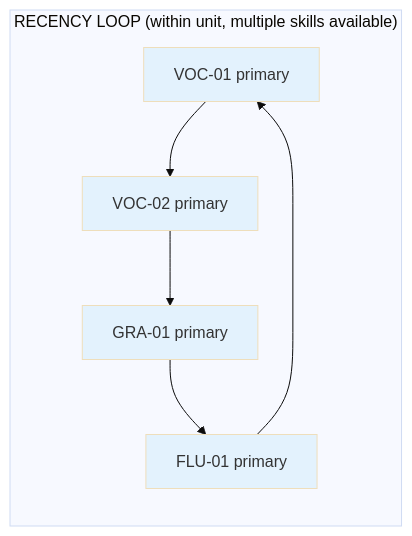
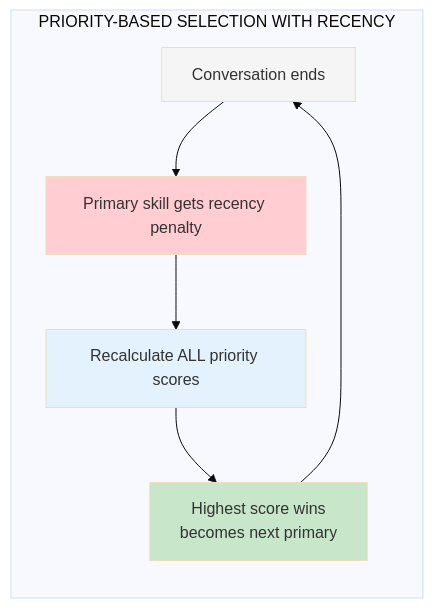
Before and after one commit to anshika410/English_learning_flutter_app: the second of 3 diagrams in docs/mintlify-src/adaptive-mastery.mdx, drawn with Mermaid (base theme). The commit also changed other lines of this file, not shown here.

Commit message:
docs: fix recency diagram - show dynamic priority selection, not fixed rotation

````diff
--- a/docs/mintlify-src/adaptive-mastery.mdx
+++ b/docs/mintlify-src/adaptive-mastery.mdx
@@ -81,15 +81,15 @@
 ```mermaid
-flowchart LR
-    subgraph RECENCY["RECENCY LOOP (within unit, multiple skills available)"]
+flowchart TB
+    subgraph RECENCY["PRIORITY-BASED SELECTION WITH RECENCY"]
         direction TB
-        R1[VOC-01 primary] --> R2[VOC-02 primary]
-        R2 --> R3[GRA-01 primary]
-        R3 --> R4[FLU-01 primary]
+        R1[Conversation ends] --> R2[Primary skill gets recency penalty]
+        R2 --> R3[Recalculate ALL priority scores]
+        R3 --> R4[Highest score wins<br/>becomes next primary]
         R4 --> R1
     end
 
-    style R1 fill:#e3f2fd
-    style R2 fill:#e3f2fd
+    style R1 fill:#f5f5f5
+    style R2 fill:#ffcdd2
     style R3 fill:#e3f2fd
-    style R4 fill:#e3f2fd
+    style R4 fill:#c8e6c9
 ```
````
